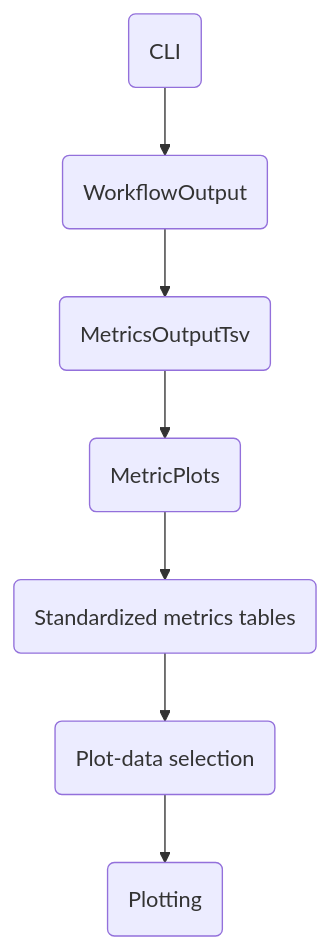
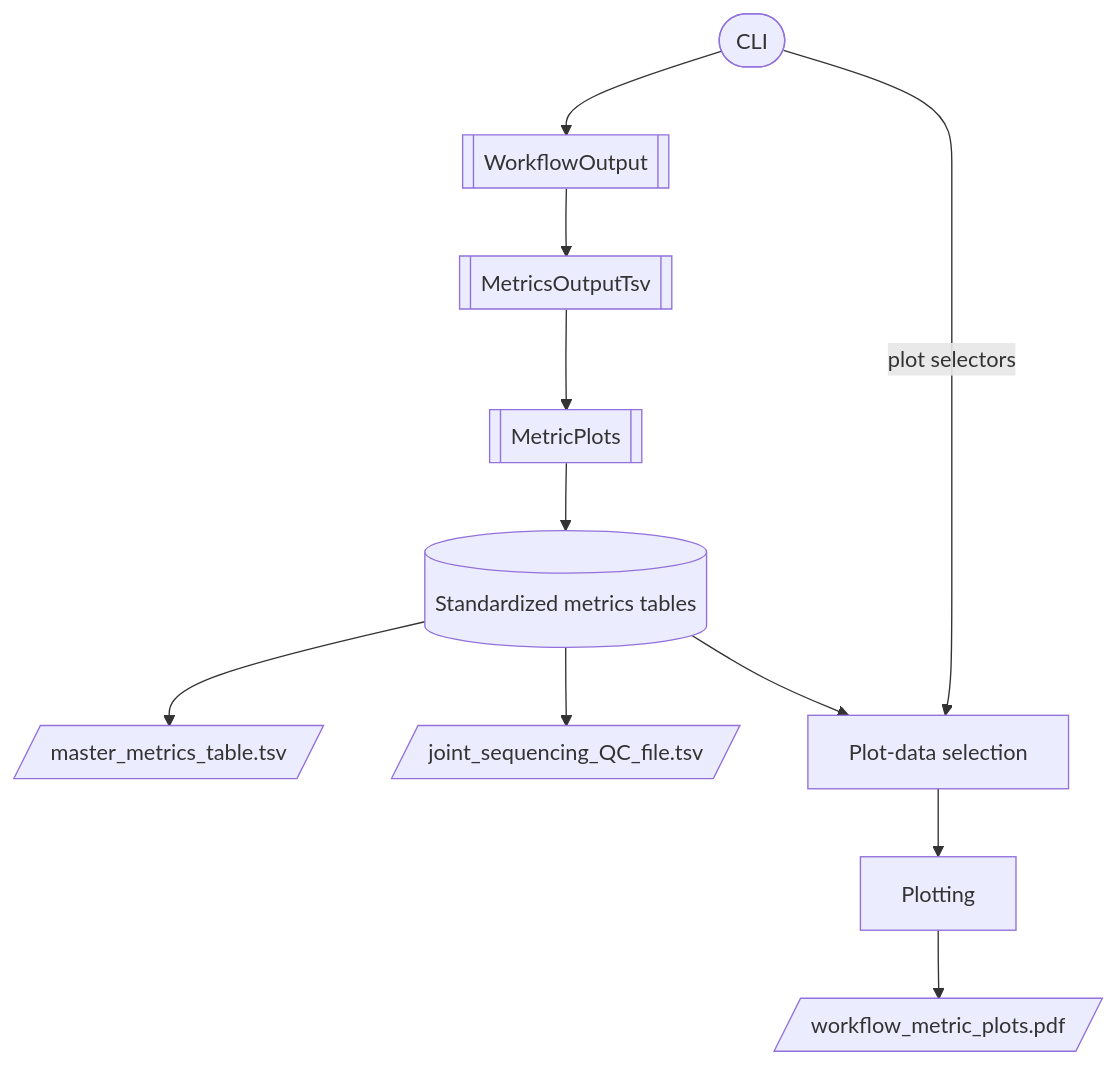
Before and after one commit to InPreD/tsoppy: the diagram in docs/references/metric_plots_architecture.md, drawn with Mermaid. The commit also changed other lines of this file, not shown here.

Commit message:
Clarify shapes, correctness, and outputs in the architecture diagram
Distinguishes node kinds with shape (stadium for the CLI entry point,
subroutine boxes for classes, a cylinder for the standardized
in-memory tables, parallelograms for files written to disk) instead
of everything looking the same. Plot-data selection now also draws an
edge from CLI, since it depends on plot selectors (--plot-workflow,
--plot-last-runs/--plot-run-ids) in addition to the standardized
tables, not on the tables alone. Also adds the two TSV outputs and
the final PDF as explicit file nodes.

````diff
--- a/docs/references/metric_plots_architecture.md
+++ b/docs/references/metric_plots_architecture.md
@@ -13,10 +13,14 @@
 ```mermaid
 %%{init: {'flowchart': {'defaultRenderer': 'diagre-wrapper'}} }%%
 flowchart TD
-    CLI(CLI) --> WorkflowOutput(WorkflowOutput)
-    WorkflowOutput --> MetricsOutputTsv(MetricsOutputTsv)
-    MetricsOutputTsv --> MetricPlots(MetricPlots)
-    MetricPlots --> Tables(Standardized metrics tables)
-    Tables --> PlotSelection(Plot-data selection)
-    PlotSelection --> Plotting(Plotting)
+    CLI([CLI]) --> WorkflowOutput[[WorkflowOutput]]
+    WorkflowOutput --> MetricsOutputTsv[[MetricsOutputTsv]]
+    MetricsOutputTsv --> MetricPlots[[MetricPlots]]
+    MetricPlots --> Tables[(Standardized metrics tables)]
+    Tables --> MasterFile[/master_metrics_table.tsv/]
+    Tables --> JointQcFile[/joint_sequencing_QC_file.tsv/]
+    Tables --> PlotSelection[Plot-data selection]
+    CLI -- "plot selectors" --> PlotSelection
+    PlotSelection --> Plotting[Plotting]
+    Plotting --> PdfFile[/"workflow_metric_plots.pdf"/]
 ```
````
